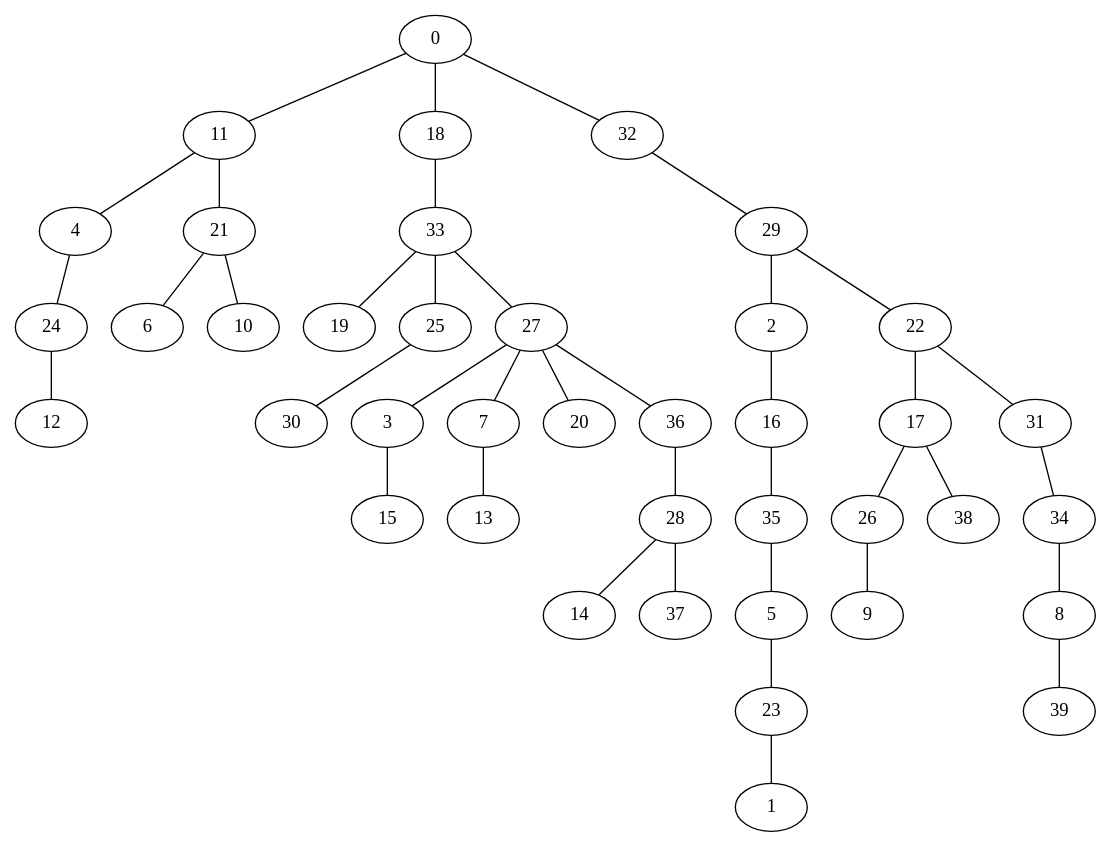
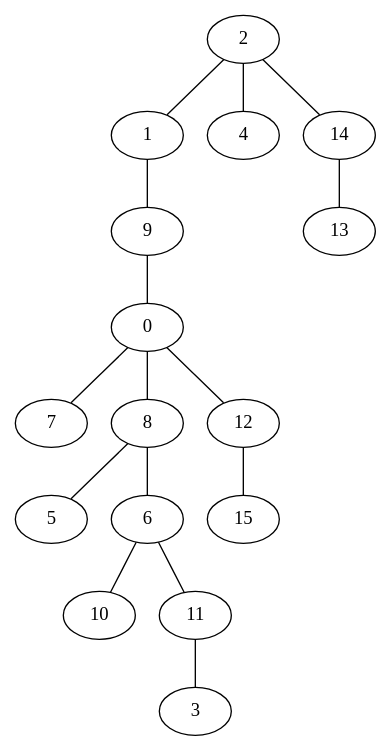
One commit to VillegasGG/greedy-firefighter-problem changed the diagram in experiments/pygrapghviz.dot. Above: the diagram before and after it, drawn with Graphviz. The commit also changed 3 other files, not shown here.

```diff
--- a/experiments/pygrapghviz.dot
+++ b/experiments/pygrapghviz.dot
@@ -1,41 +1,17 @@
 strict graph "" {
-	0 -- 11;
-	0 -- 18;
-	0 -- 32;
-	11 -- 4;
-	11 -- 21;
-	18 -- 33;
-	32 -- 29;
-	29 -- 2;
-	29 -- 22;
-	2 -- 16;
-	22 -- 17;
-	22 -- 31;
-	17 -- 26;
-	17 -- 38;
-	31 -- 34;
-	34 -- 8;
-	8 -- 39;
-	26 -- 9;
-	16 -- 35;
-	35 -- 5;
-	5 -- 23;
-	23 -- 1;
-	33 -- 19;
-	33 -- 25;
-	33 -- 27;
-	25 -- 30;
-	27 -- 3;
-	27 -- 7;
-	27 -- 20;
-	27 -- 36;
-	3 -- 15;
-	7 -- 13;
-	36 -- 28;
-	28 -- 14;
-	28 -- 37;
-	4 -- 24;
-	21 -- 6;
-	21 -- 10;
-	24 -- 12;
+	2 -- 1;
+	2 -- 4;
+	2 -- 14;
+	1 -- 9;
+	14 -- 13;
+	9 -- 0;
+	0 -- 7;
+	0 -- 8;
+	0 -- 12;
+	8 -- 5;
+	8 -- 6;
+	12 -- 15;
+	6 -- 10;
+	6 -- 11;
+	11 -- 3;
 }
```
